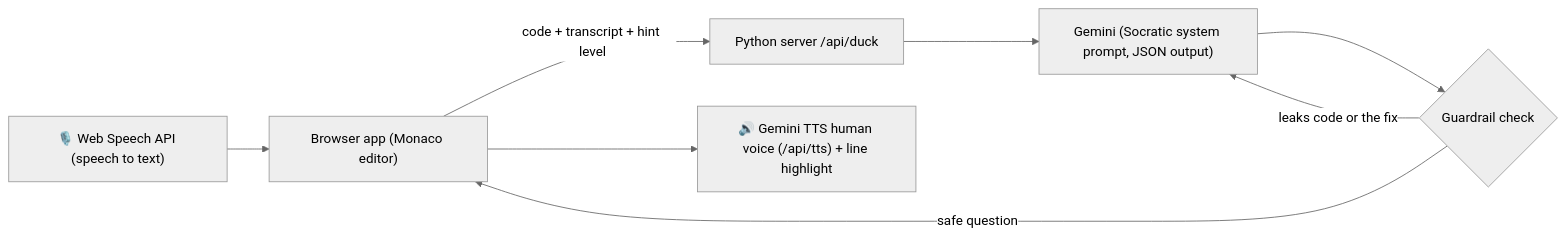
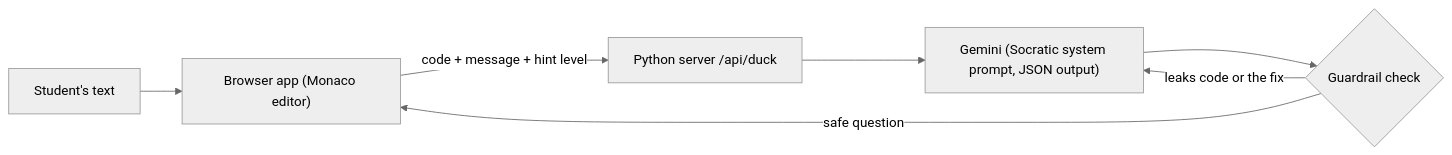
The diagram in README.md (KathanSena/quack-icehacks-2026), drawn with Mermaid (neutral theme) before and after one commit. The commit also changed other lines of this file and 8 other files, not shown here.

````diff
--- a/README.md
+++ b/README.md
@@ -23,10 +23,9 @@
 ```mermaid
 flowchart LR
-    A["🎙️ Web Speech API (speech to text)"] --> B["Browser app (Monaco editor)"]
-    B -->|"code + transcript + hint level"| C["Python server /api/duck"]
+    A["Student's text"] --> B["Browser app (Monaco editor)"]
+    B -->|"code + message + hint level"| C["Python server /api/duck"]
     C --> D["Gemini (Socratic system prompt, JSON output)"]
     D --> E{"Guardrail check"}
     E -->|"leaks code or the fix"| D
     E -->|"safe question"| B
-    B --> F["🔊 Gemini TTS human voice (/api/tts) + line highlight"]
 ```
````
